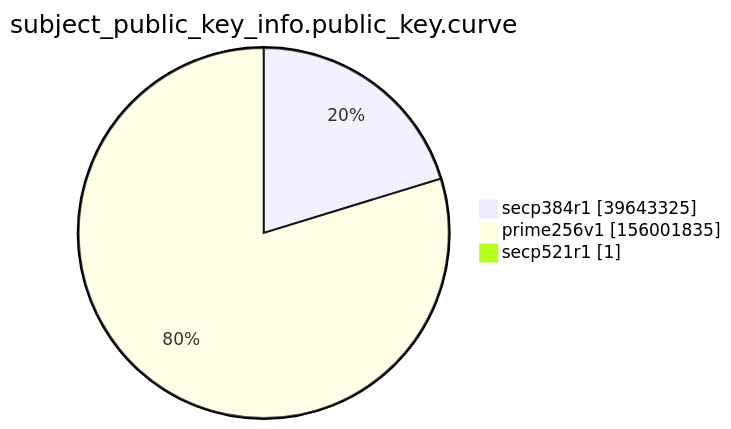
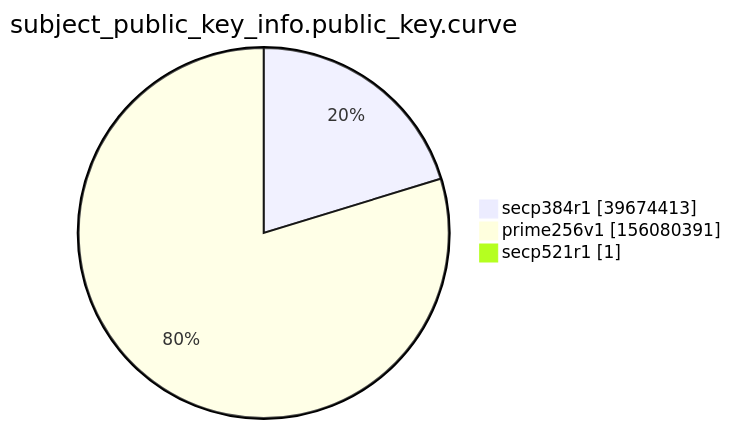
The ninth of 15 diagrams in xenon2022/README.md (christiankrug/ctmonitor_visualization), drawn with Mermaid before and after one commit. The commit also changed other lines of this file, not shown here.

````diff
--- a/xenon2022/README.md
+++ b/xenon2022/README.md
@@ -2865,7 +2865,7 @@
 ```mermaid
 pie showData
 title subject_public_key_info.public_key.curve
-"secp384r1" :39643325
-"prime256v1" :156001835
+"secp384r1" :39674413
+"prime256v1" :156080391
 "secp521r1" :1
 ```
````
